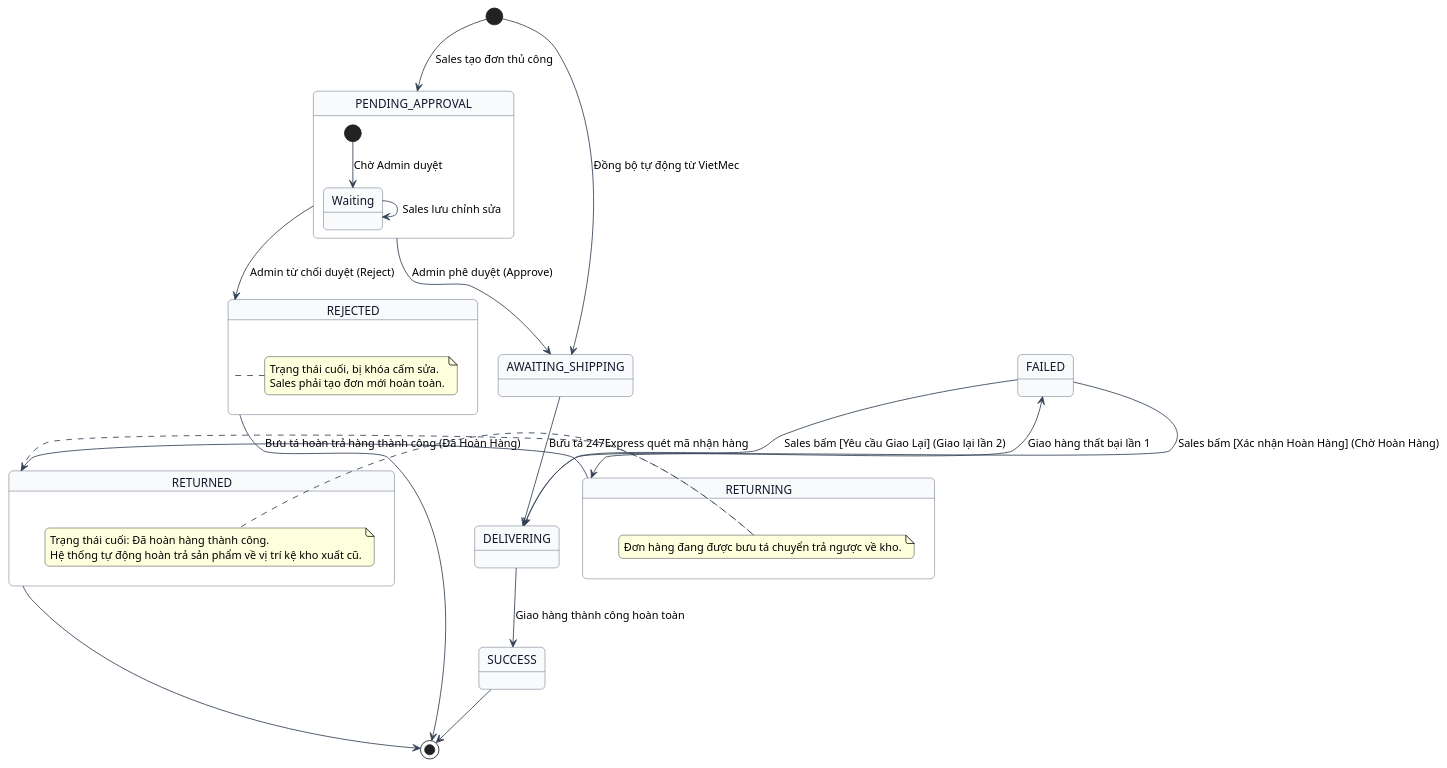
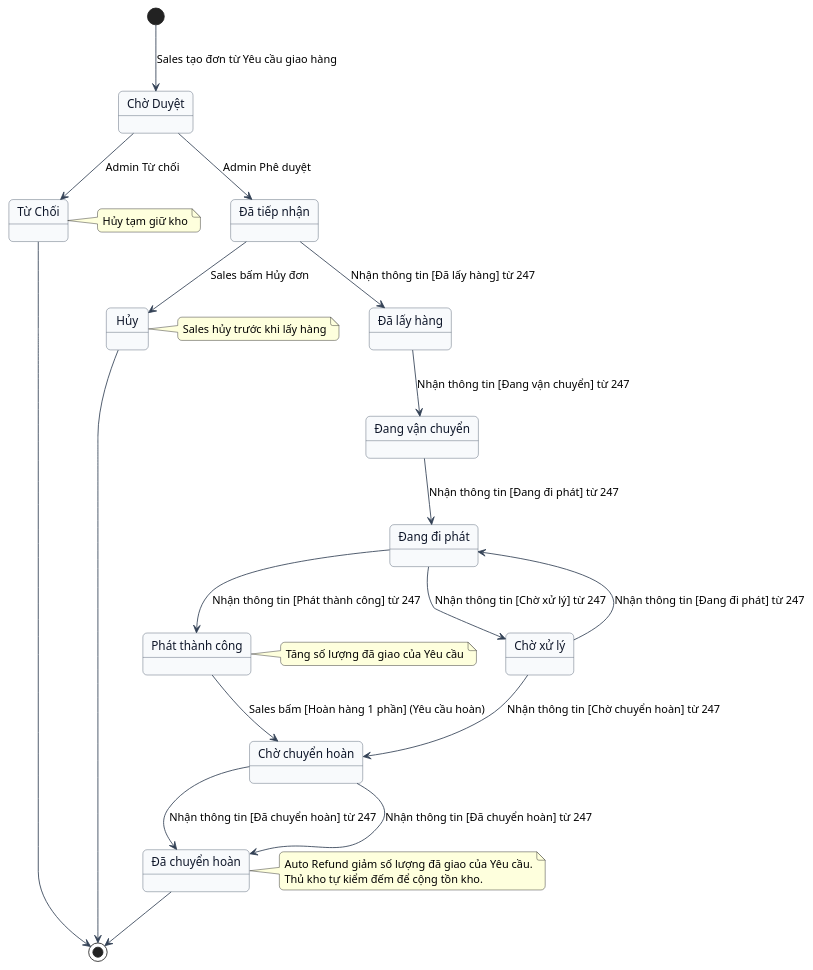
Before and after one commit to nlchis/DVM-SRS: the third of 7 diagrams in docs/order-tracking/srs/states.md, drawn with PlantUML. The commit also changed other lines of this file and 2574 other files, not shown here.

````diff
--- a/docs/order-tracking/srs/states.md
+++ b/docs/order-tracking/srs/states.md
@@ -11,52 +98,66 @@
 ```plantuml
 @startuml
 skinparam RoundCorner 10
 skinparam StateBackgroundColor #F8FAFC
 skinparam StateBorderColor #475569
 skinparam StateFontColor #0F172A
 skinparam ArrowColor #334155
 
-[*] --> PENDING_APPROVAL : Sales tạo đơn thủ công
-[*] --> AWAITING_SHIPPING : Đồng bộ tự động từ VietMec
+[*] --> PENDING_APPROVAL : Sales tạo đơn từ Yêu cầu giao hàng
 
-state PENDING_APPROVAL {
-  [*] --> Waiting : Chờ Admin duyệt
-  Waiting --> Waiting : Sales lưu chỉnh sửa
-}
+state "Chờ Duyệt" as PENDING_APPROVAL
 
-PENDING_APPROVAL --> AWAITING_SHIPPING : Admin phê duyệt (Approve)
-PENDING_APPROVAL --> REJECTED : Admin từ chối duyệt (Reject)
+state "Từ Chối" as REJECTED
+note right of REJECTED
+  Hủy tạm giữ kho
+end note
 
-state REJECTED {
-  note right : Trạng thái cuối, bị khóa cấm sửa.\nSales phải tạo đơn mới hoàn toàn.
-}
+state "Đã tiếp nhận" as AWAITING_SHIPPING
+
+state "Hủy" as CANCELLED
+note right of CANCELLED
+  Sales hủy trước khi lấy hàng
+end note
+
+state "Đã lấy hàng" as PICKED_UP
+state "Đang vận chuyển" as IN_TRANSIT
+state "Đang đi phát" as DELIVERING
+state "Chờ xử lý" as FAILED
+
+state "Phát thành công" as SUCCESS
+note right of SUCCESS
+  Tăng số lượng đã giao của Yêu cầu
+end note
+
+state "Chờ chuyển hoàn" as RETURNING
+
+state "Đã chuyển hoàn" as RETURNED
+note right of RETURNED
+  Auto Refund giảm số lượng đã giao của Yêu cầu.
+  Thủ kho tự kiểm đếm để cộng tồn kho.
+end note
+
+PENDING_APPROVAL --> AWAITING_SHIPPING : Admin Phê duyệt
+PENDING_APPROVAL --> REJECTED : Admin Từ chối
+
+AWAITING_SHIPPING --> CANCELLED : Sales bấm Hủy đơn
+AWAITING_SHIPPING --> PICKED_UP : Nhận thông tin [Đã lấy hàng] từ 247
+PICKED_UP --> IN_TRANSIT : Nhận thông tin [Đang vận chuyển] từ 247
+IN_TRANSIT --> DELIVERING : Nhận thông tin [Đang đi phát] từ 247
+DELIVERING --> SUCCESS : Nhận thông tin [Phát thành công] từ 247
+DELIVERING --> FAILED : Nhận thông tin [Chờ xử lý] từ 247
+
+' Luồng giao lỗi và tự động hoàn
+FAILED --> DELIVERING : Nhận thông tin [Đang đi phát] từ 247
+FAILED --> RETURNING : Nhận thông tin [Chờ chuyển hoàn] từ 247
+RETURNING --> RETURNED : Nhận thông tin [Đã chuyển hoàn] từ 247
+
+' Luồng khách yêu cầu hoàn sau khi đã nhận thành công (Trả 1 phần)
+SUCCESS --> RETURNING : Sales bấm [Hoàn hàng 1 phần] (Yêu cầu hoàn)
+RETURNING --> RETURNED : Nhận thông tin [Đã chuyển hoàn] từ 247
 
 REJECTED --> [*]
-
-AWAITING_SHIPPING --> DELIVERING : Bưu tá 247Express quét mã nhận hàng
-
-state DELIVERING {
-}
-
-DELIVERING --> SUCCESS : Giao hàng thành công hoàn toàn
-DELIVERING --> FAILED : Giao hàng thất bại lần 1
-
-state FAILED {
-}
-
-FAILED --> DELIVERING : Sales bấm [Yêu cầu Giao Lại] (Giao lại lần 2)
-FAILED --> RETURNING : Sales bấm [Xác nhận Hoàn Hàng] (Chờ Hoàn Hàng)
-RETURNING --> RETURNED : Bưu tá hoàn trả hàng thành công (Đã Hoàn Hàng)
-
-state RETURNING {
-  note right : Đơn hàng đang được bưu tá chuyển trả ngược về kho.
-}
-
-state RETURNED {
-  note right : Trạng thái cuối: Đã hoàn hàng thành công.\nHệ thống tự động hoàn trả sản phẩm về vị trí kệ kho xuất cũ.
-}
-
-SUCCESS --> [*]
+CANCELLED --> [*]
 RETURNED --> [*]
 @enduml
 ```
````
